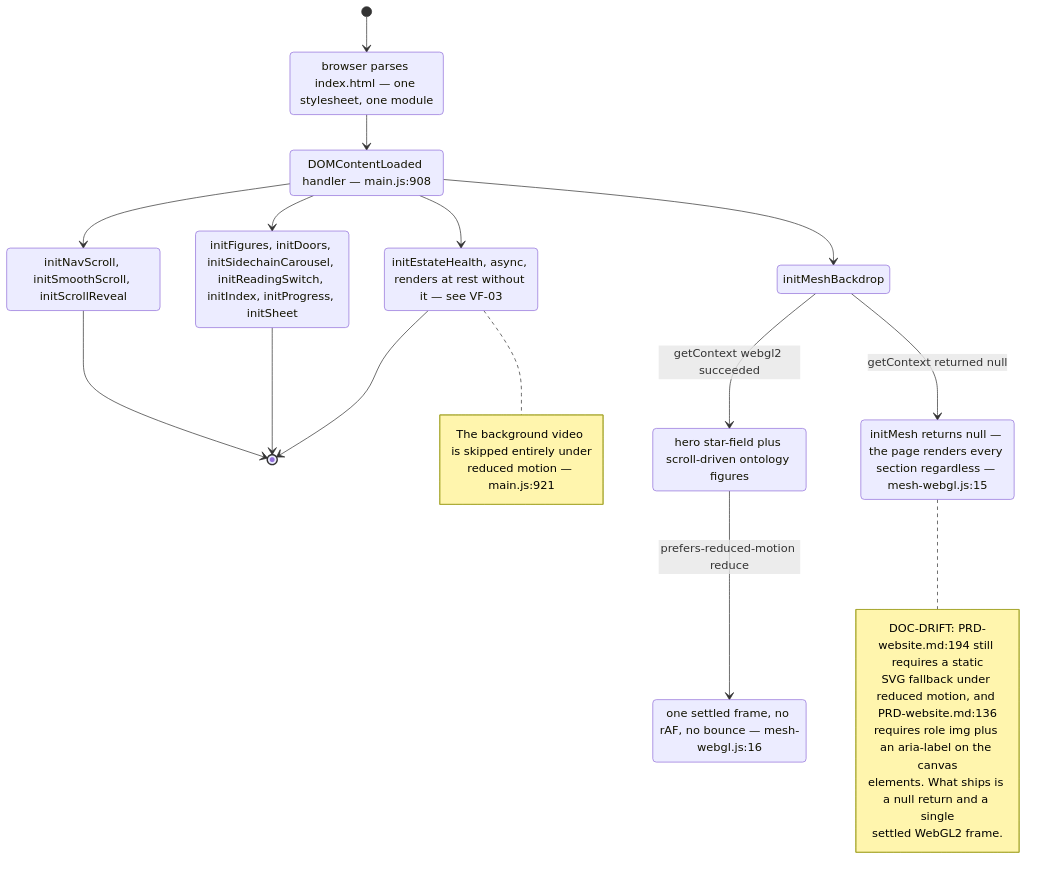
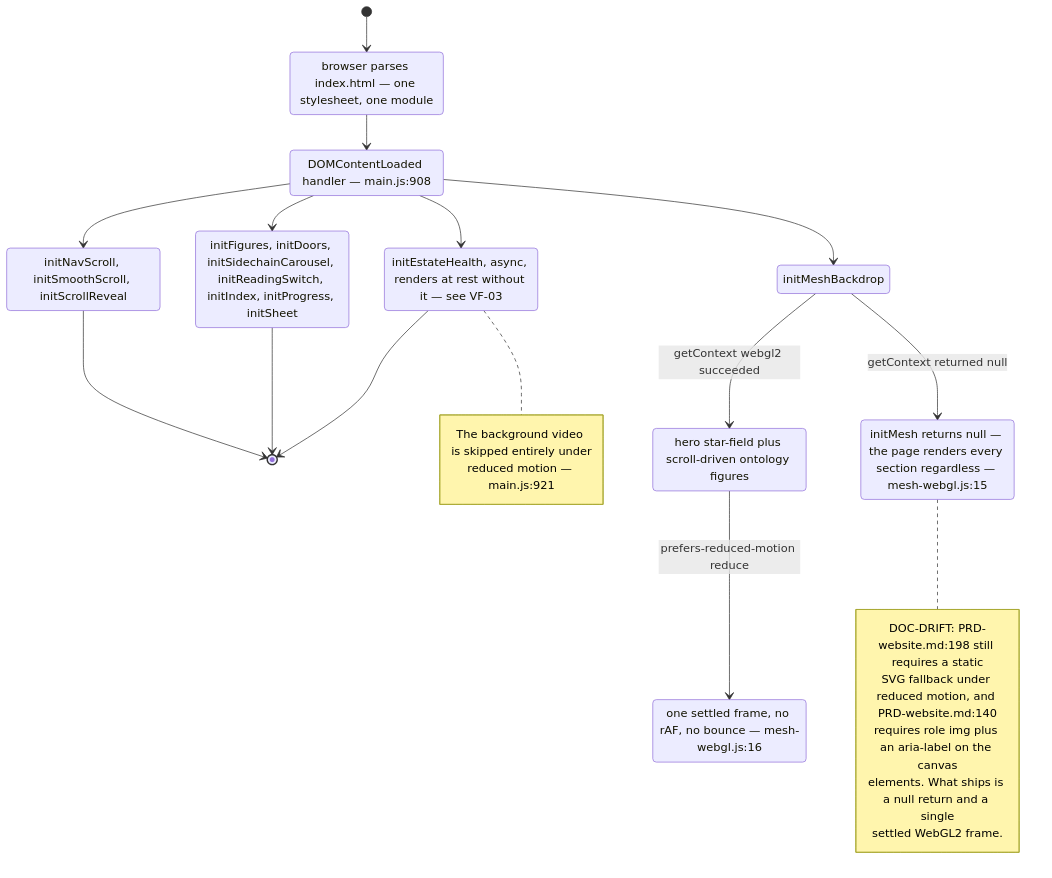
One commit to DreamLab-AI/VisionFlow changed diagram 12 of 12 in docs/diagrams/visionflow/02-website-build-and-deploy.md. Above: the diagram before and after it, drawn with Mermaid. The commit also changed other lines of this file and 21 other files, not shown here.

Commit message:
docs(diagrams): refresh first verified estate batch

````diff
--- a/docs/diagrams/visionflow/02-website-build-and-deploy.md
+++ b/docs/diagrams/visionflow/02-website-build-and-deploy.md
@@ -343,36 +343,36 @@
 ```mermaid
 stateDiagram-v2
     direction TB
     [*] --> Parse
     state "browser parses index.html — one stylesheet, one module" as Parse
     Parse --> DOMReady
     state "DOMContentLoaded handler — main.js:908" as DOMReady
     DOMReady --> Nav
     DOMReady --> Sections
     DOMReady --> Estate
     DOMReady --> Mesh
     state "initNavScroll, initSmoothScroll, initScrollReveal" as Nav
     state "initFigures, initDoors, initSidechainCarousel, initReadingSwitch, initIndex, initProgress, initSheet" as Sections
     state "initEstateHealth, async, renders at rest without it — see VF-03" as Estate
     state "initMeshBackdrop" as Mesh
     Mesh --> WebGL2Yes : getContext webgl2 succeeded
     Mesh --> WebGL2No : getContext returned null
     state "initMesh returns null — the page renders every section regardless — mesh-webgl.js:15" as WebGL2No
     state "hero star-field plus scroll-driven ontology figures" as WebGL2Yes
     WebGL2Yes --> Reduced : prefers-reduced-motion reduce
     state "one settled frame, no rAF, no bounce — mesh-webgl.js:16" as Reduced
     Nav --> [*]
     Sections --> [*]
     Estate --> [*]
     note right of Estate
       The background video is skipped entirely under
       reduced motion — main.js:921
     end note
     note right of WebGL2No
-      DOC-DRIFT: PRD-website.md:194 still requires a static
-      SVG fallback under reduced motion, and PRD-website.md:136
+      DOC-DRIFT: PRD-website.md:198 still requires a static
+      SVG fallback under reduced motion, and PRD-website.md:140
       requires role img plus an aria-label on the canvas
       elements. What ships is a null return and a single
       settled WebGL2 frame.
     end note
 ```
````
